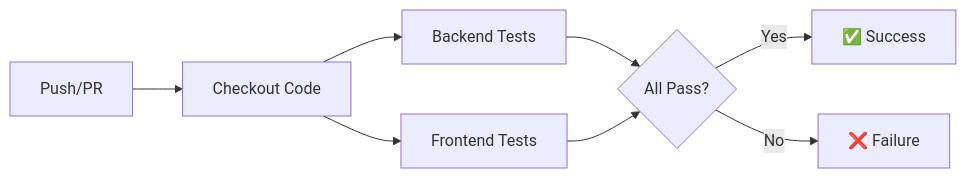
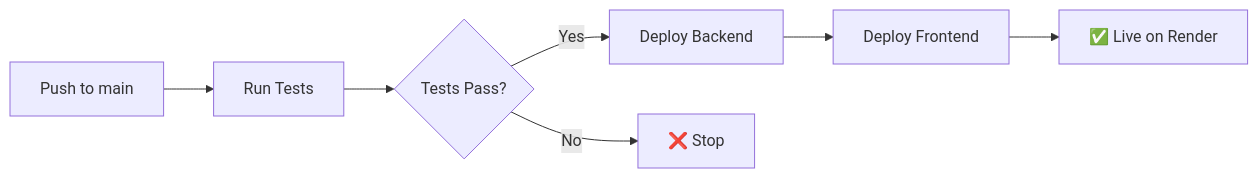
The diagram in ci_cd/README.md (katwre/Microbiome-ai-dev), drawn with Mermaid before and after one commit. The commit also changed other lines of this file and 1 other file, not shown here.

````diff
--- a/ci_cd/README.md
+++ b/ci_cd/README.md
@@ -41,10 +65,9 @@
 ```mermaid
 graph LR
-    A[Push/PR] --> B[Checkout Code]
-    B --> C[Backend Tests]
-    B --> D[Frontend Tests]
-    C --> E{All Pass?}
-    D --> E
-    E -->|Yes| F[✅ Success]
-    E -->|No| G[❌ Failure]
+    A[Push to main] --> B[Run Tests]
+    B --> C{Tests Pass?}
+    C -->|Yes| D[Deploy Backend]
+    C -->|No| E[❌ Stop]
+    D --> F[Deploy Frontend]
+    F --> G[✅ Live on Render]
 ```
````
